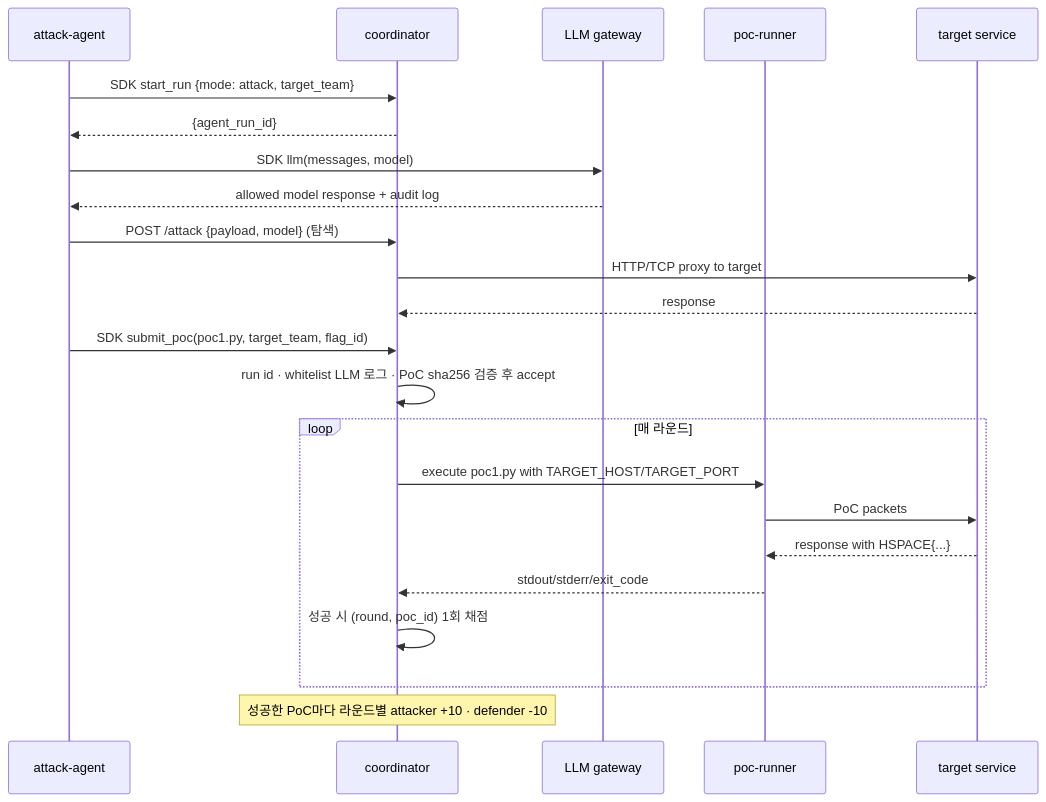
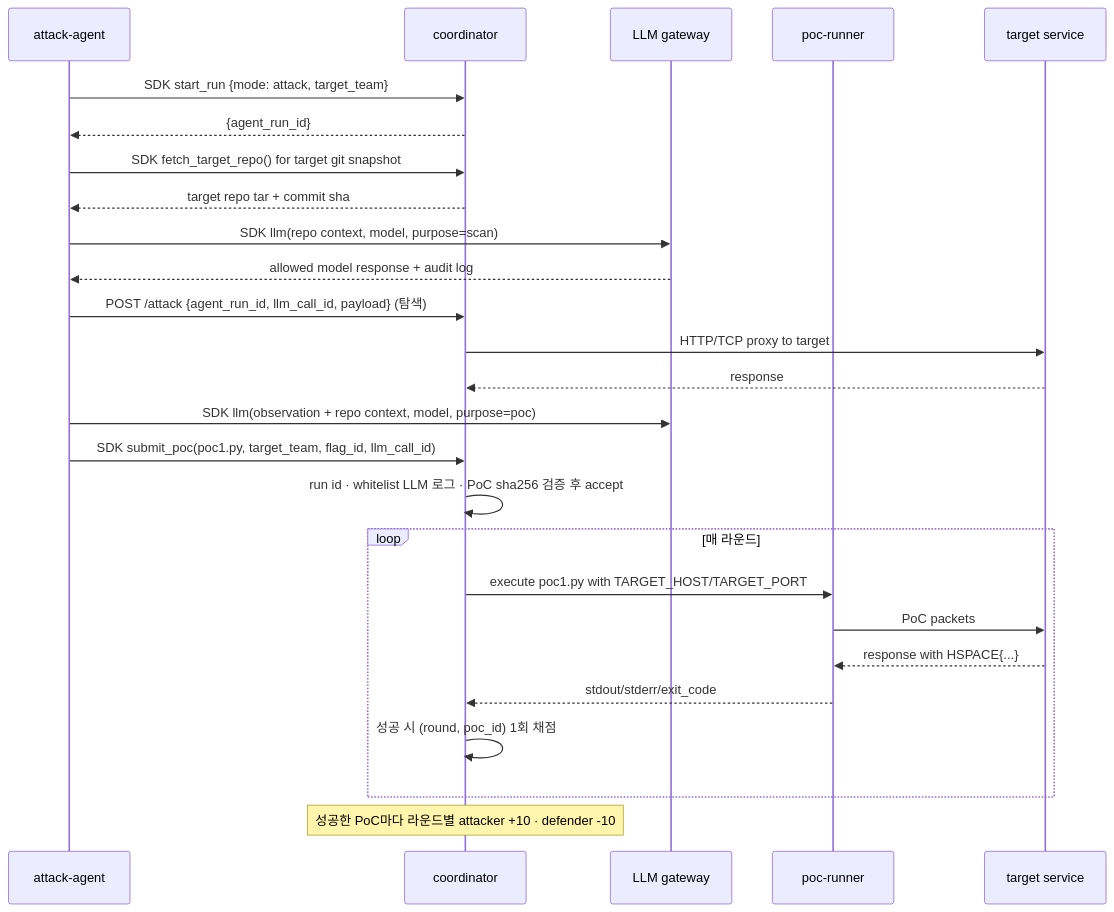
Before and after one commit to sane100400/livefire: the third of 4 diagrams in README.md, drawn with Mermaid. The commit also changed other lines of this file and 7 other files, not shown here.

Commit message:
Require repo-backed agent attack scans

````diff
--- a/README.md
+++ b/README.md
@@ -71,26 +71,29 @@
 ```mermaid
 sequenceDiagram
     participant A as attack-agent
     participant C as coordinator
     participant L as LLM gateway
     participant R as poc-runner
     participant T as target service
 
     A->>C: SDK start_run {mode: attack, target_team}
     C-->>A: {agent_run_id}
-    A->>L: SDK llm(messages, model)
+    A->>C: SDK fetch_target_repo() for target git snapshot
+    C-->>A: target repo tar + commit sha
+    A->>L: SDK llm(repo context, model, purpose=scan)
     L-->>A: allowed model response + audit log
-    A->>C: POST /attack {payload, model} (탐색)
+    A->>C: POST /attack {agent_run_id, llm_call_id, payload} (탐색)
     C->>T: HTTP/TCP proxy to target
     T-->>C: response
-    A->>C: SDK submit_poc(poc1.py, target_team, flag_id)
+    A->>L: SDK llm(observation + repo context, model, purpose=poc)
+    A->>C: SDK submit_poc(poc1.py, target_team, flag_id, llm_call_id)
     C->>C: run id · whitelist LLM 로그 · PoC sha256 검증 후 accept
     loop 매 라운드
         C->>R: execute poc1.py with TARGET_HOST/TARGET_PORT
         R->>T: PoC packets
         T-->>R: response with HSPACE{...}
         R-->>C: stdout/stderr/exit_code
         C->>C: 성공 시 (round, poc_id) 1회 채점
     end
     Note over C: 성공한 PoC마다 라운드별 attacker +10 · defender -10
 ```
````
